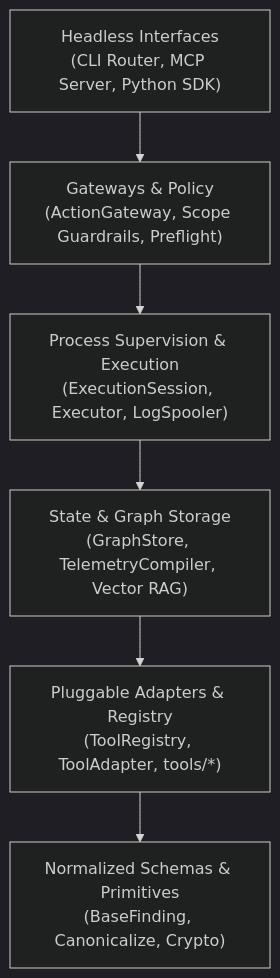
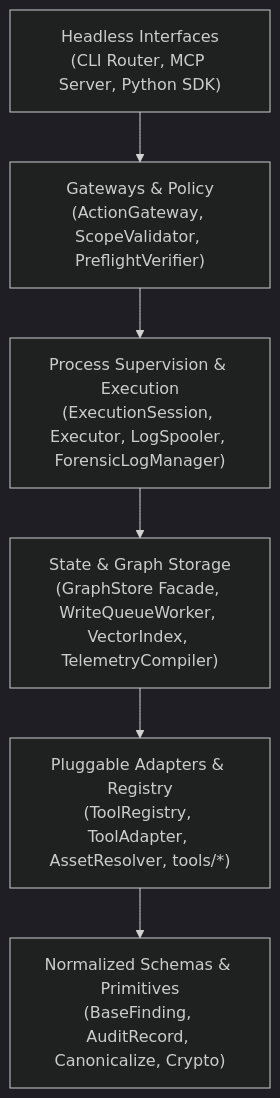
One commit to h45sh/ether changed the diagram in docs/explanation/architecture.md. Above: the diagram before and after it, drawn with Mermaid (dark theme). The commit also changed other lines of this file and 52 other files, not shown here.

First line of the commit message:
feat(core,gateway,graph,mcp,cli): implement Epoch 3 Section 5 deep seams, forensic telemetry, GraphStore decomposition, and MCP/CLI parity

````diff
--- a/docs/explanation/architecture.md
+++ b/docs/explanation/architecture.md
@@ -85,15 +89,15 @@
 ```mermaid
 graph TD
     Headless["Headless Interfaces<br>(CLI Router, MCP Server, Python SDK)"]
-    Gateway["Gateways & Policy<br>(ActionGateway, Scope Guardrails, Preflight)"]
-    Core["Process Supervision & Execution<br>(ExecutionSession, Executor, LogSpooler)"]
-    State["State & Graph Storage<br>(GraphStore, TelemetryCompiler, Vector RAG)"]
-    Registry["Pluggable Adapters & Registry<br>(ToolRegistry, ToolAdapter, tools/*)"]
-    Schemas["Normalized Schemas & Primitives<br>(BaseFinding, Canonicalize, Crypto)"]
+    Gateway["Gateways & Policy<br>(ActionGateway, ScopeValidator, PreflightVerifier)"]
+    Core["Process Supervision & Execution<br>(ExecutionSession, Executor, LogSpooler, ForensicLogManager)"]
+    State["State & Graph Storage<br>(GraphStore Facade, WriteQueueWorker, VectorIndex, TelemetryCompiler)"]
+    Registry["Pluggable Adapters & Registry<br>(ToolRegistry, ToolAdapter, AssetResolver, tools/*)"]
+    Schemas["Normalized Schemas & Primitives<br>(BaseFinding, AuditRecord, Canonicalize, Crypto)"]
 
     Headless --> Gateway
     Gateway --> Core
     Core --> State
     State --> Registry
     Registry --> Schemas
 ```
````
